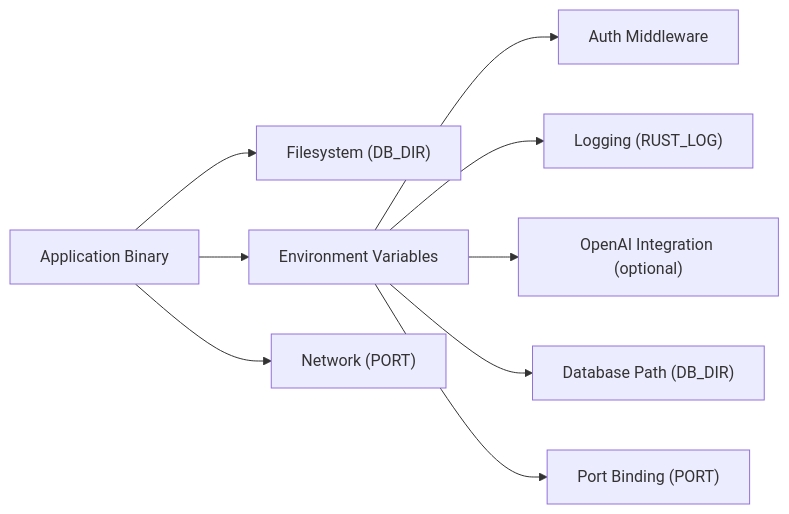
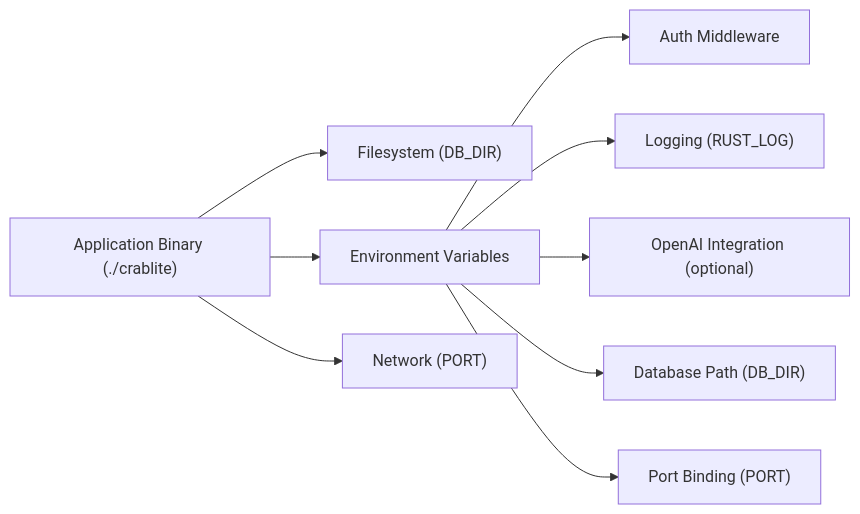
The third of 3 diagrams in .qoder/repowiki/en/content/Deployment & Operations/Docker Deployment.md (sutanto1010/crablite), drawn with Mermaid before and after one commit. The commit also changed other lines of this file and 30 other files, not shown here.

````diff
--- a/.qoder/repowiki/en/content/Deployment & Operations/Docker Deployment.md
+++ b/.qoder/repowiki/en/content/Deployment & Operations/Docker Deployment.md
@@ -339,11 +344,11 @@
 ```mermaid
 graph LR
-App["Application Binary"] --> FS["Filesystem (DB_DIR)"]
+App["Application Binary (./crablite)"] --> FS["Filesystem (DB_DIR)"]
 App --> Env["Environment Variables"]
 App --> Net["Network (PORT)"]
 Env --> Auth["Auth Middleware"]
 Env --> Log["Logging (RUST_LOG)"]
 Env --> AI["OpenAI Integration (optional)"]
 Env --> DBPath["Database Path (DB_DIR)"]
 Env --> Port["Port Binding (PORT)"]
 ```
````
